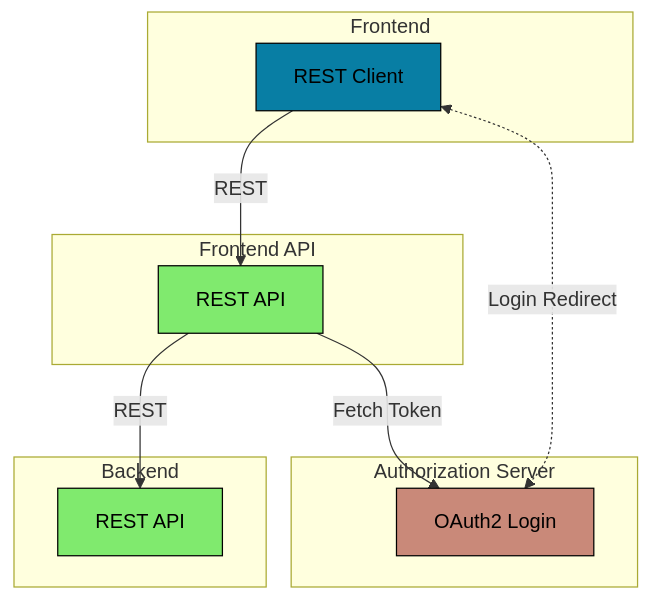
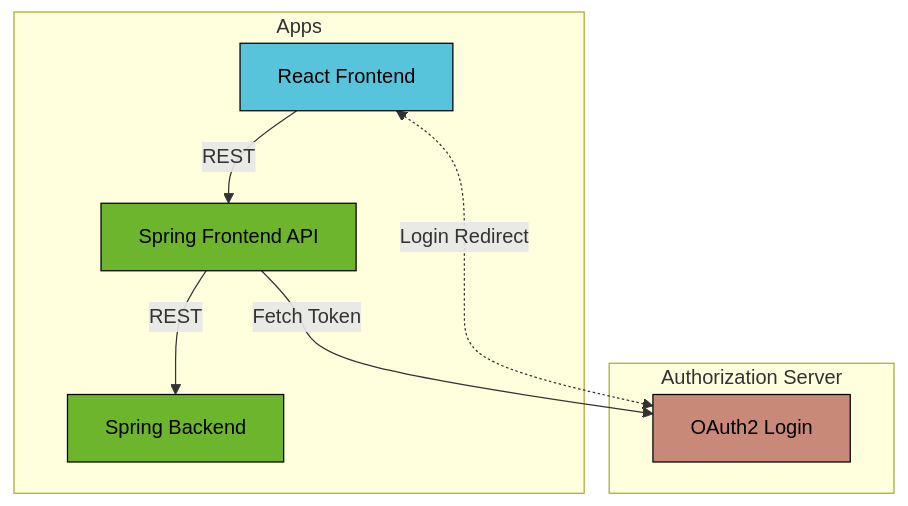
The diagram in spring-boot-oauth2-token-exchange/README.md (onlyteo/spring-boot-sandbox), drawn with Mermaid before and after one commit. The commit also changed 153 other files, not shown here.

````diff
--- a/spring-boot-oauth2-token-exchange/README.md
+++ b/spring-boot-oauth2-token-exchange/README.md
@@ -42,24 +42,20 @@
 ```mermaid
 graph TD
     subgraph Authorization Server
         X[OAuth2 Login]:::oauth2
     end
-    subgraph Frontend
-        A[REST Client]:::react
-    end
-    subgraph Frontend API
-        B[REST API]:::spring
-    end
-    subgraph Backend
-        C[REST API]:::spring
+    subgraph Apps
+        A[React Frontend]:::react
+        B[Spring Frontend API]:::spring
+        C[Spring Backend]:::spring
     end
 
     A -- REST --> B
-    B -- REST --> C
+    B-- REST --> C
     A <-. Login Redirect .-> X
     B -- Fetch Token --> X
 
-    classDef react fill: #087ea4, stroke: #000000, color: #000000
-    classDef spring fill: #80ea6e, stroke: #000000, color: #000000
+    classDef react fill: #58c4dc, stroke: #000000, color: #000000
+    classDef spring fill: #6cb52d, stroke: #000000, color: #000000
     classDef oauth2 fill: #c98979, stroke: #000000, color: #000000
 ```
````
